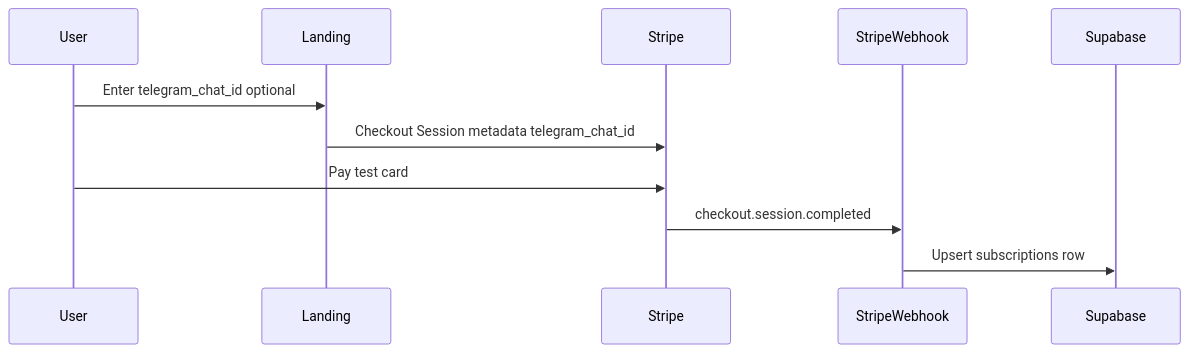
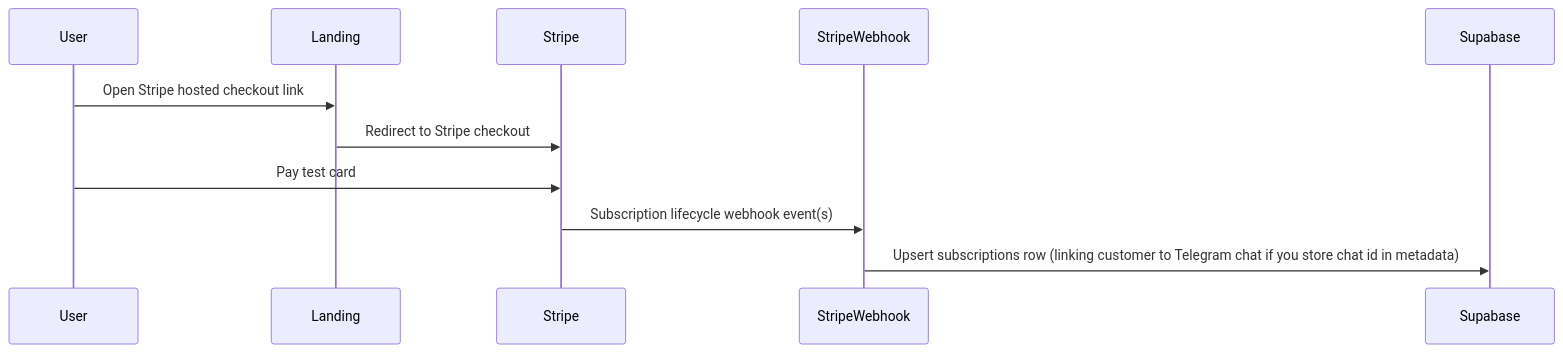
One commit to heartmade-studio/messenger-native-saas changed the second of 3 diagrams in ARCHITECTURE.md. Above: the diagram before and after it, drawn with Mermaid. The commit also changed other lines of this file and 30 other files, not shown here.

Commit message:
Remove Next.js app structure and related files, transitioning to a static landing page implementation. Update documentation to reflect changes in architecture and deployment. Clean up unused environment variables and configurations.

````diff
--- a/ARCHITECTURE.md
+++ b/ARCHITECTURE.md
@@ -33,14 +32,14 @@
 ```mermaid
 sequenceDiagram
   participant U as User
   participant L as Landing
   participant S as Stripe
   participant W as StripeWebhook
   participant DB as Supabase
 
-  U->>L: Enter telegram_chat_id optional
-  L->>S: Checkout Session metadata telegram_chat_id
+  U->>L: Open Stripe hosted checkout link
+  L->>S: Redirect to Stripe checkout
   U->>S: Pay test card
-  S->>W: checkout.session.completed
-  W->>DB: Upsert subscriptions row
+  S->>W: Subscription lifecycle webhook event(s)
+  W->>DB: Upsert subscriptions row (linking customer to Telegram chat if you store chat id in metadata)
 ```
````
